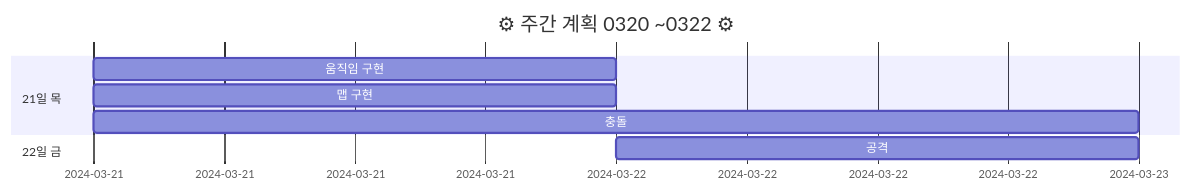
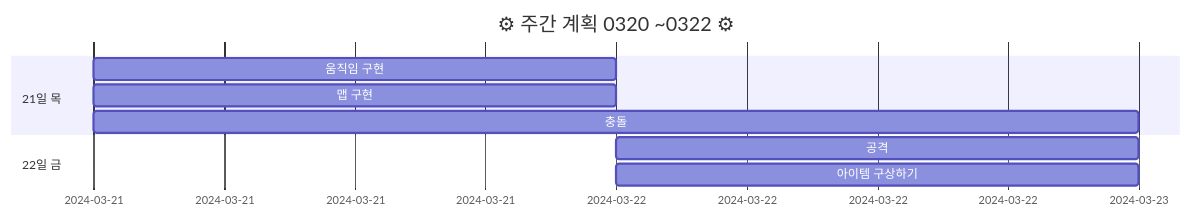
Before and after one commit to s8st/20240320FinalProject: the diagram in README.md, drawn with Mermaid. The commit also changed other lines of this file and 16 other files, not shown here.

````diff
--- a/README.md
+++ b/README.md
@@ -43,14 +43,15 @@
 ```mermaid
 gantt
     title ⚙ 주간 계획 0320 ~0322 ⚙
     dateFormat  YYYY-MM-DD
     section 21일 목
     움직임 구현         :a1, 2024-03-21, 1d
    맵 구현     : 2024-03-21, 1d
      충돌      :2024-03-21  , 2d
     section 22일 금
     
     공격      : 2024-03-22,1d
+    아이템 구상하기      : 2024-03-22,1d
             
 
 ```
````
